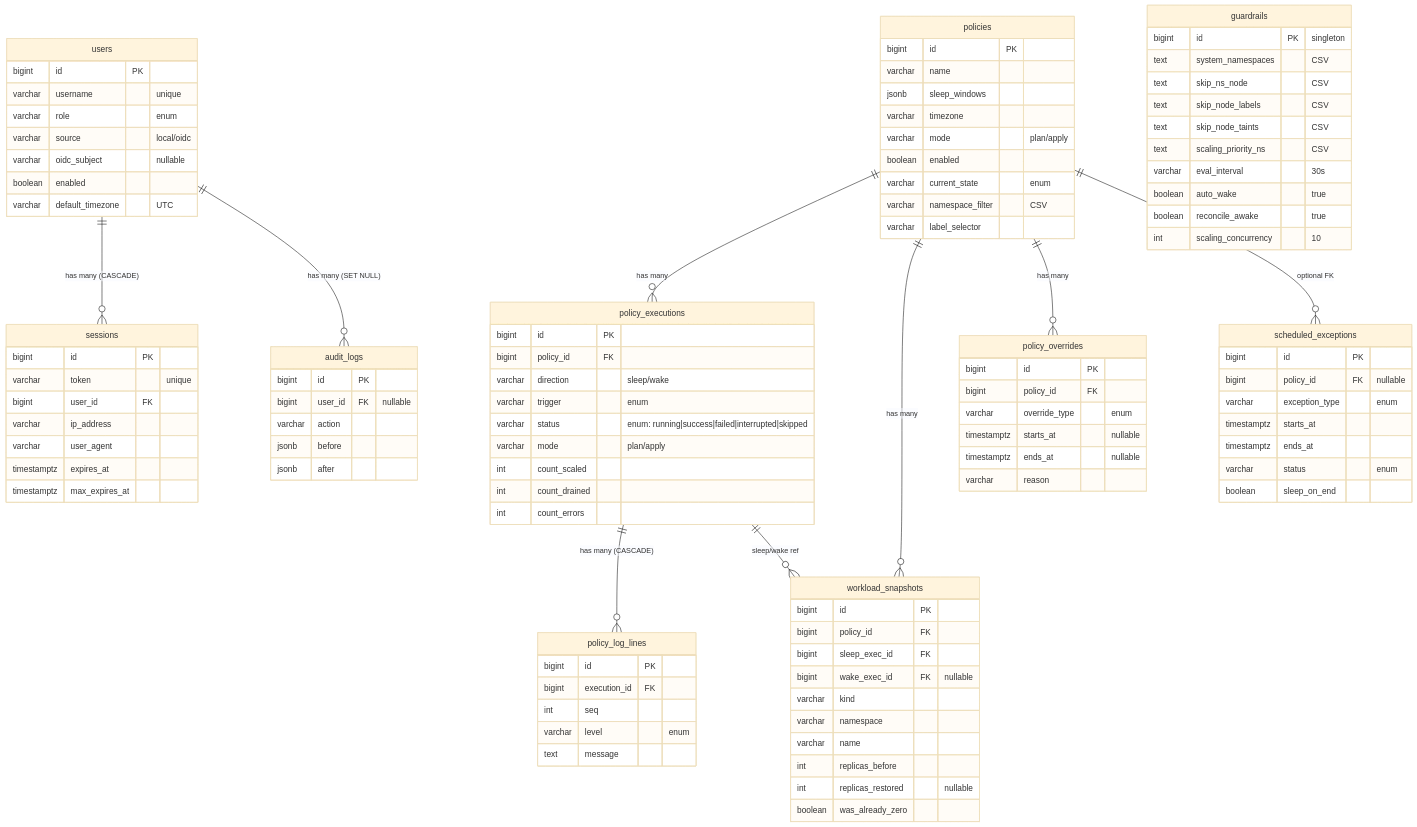
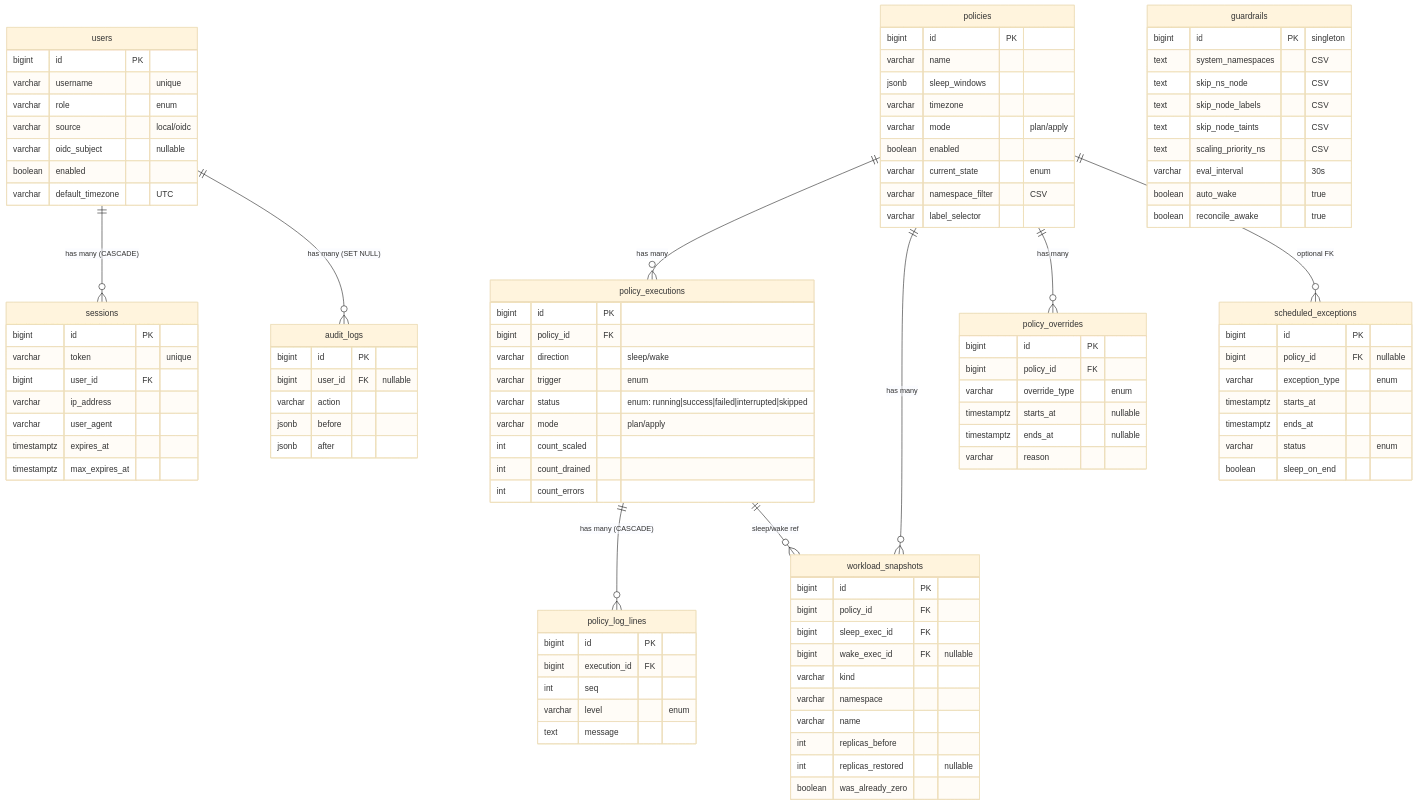
The second of 2 diagrams in ARCHITECTURE.md (MacXsimilian/kube-phoenix), drawn with Mermaid (base theme) before and after one commit. The commit also changed other lines of this file and 4 other files, not shown here.

First line of the commit message:
refactor(guardrails): remove scaling concurrency and redesign scheduler card

```diff
--- a/ARCHITECTURE.md
+++ b/ARCHITECTURE.md
@@ -259,7 +259,6 @@
         varchar eval_interval "30s"
         boolean auto_wake "true"
         boolean reconcile_awake "true"
-        int scaling_concurrency "10"
     }
 
     users {
```
